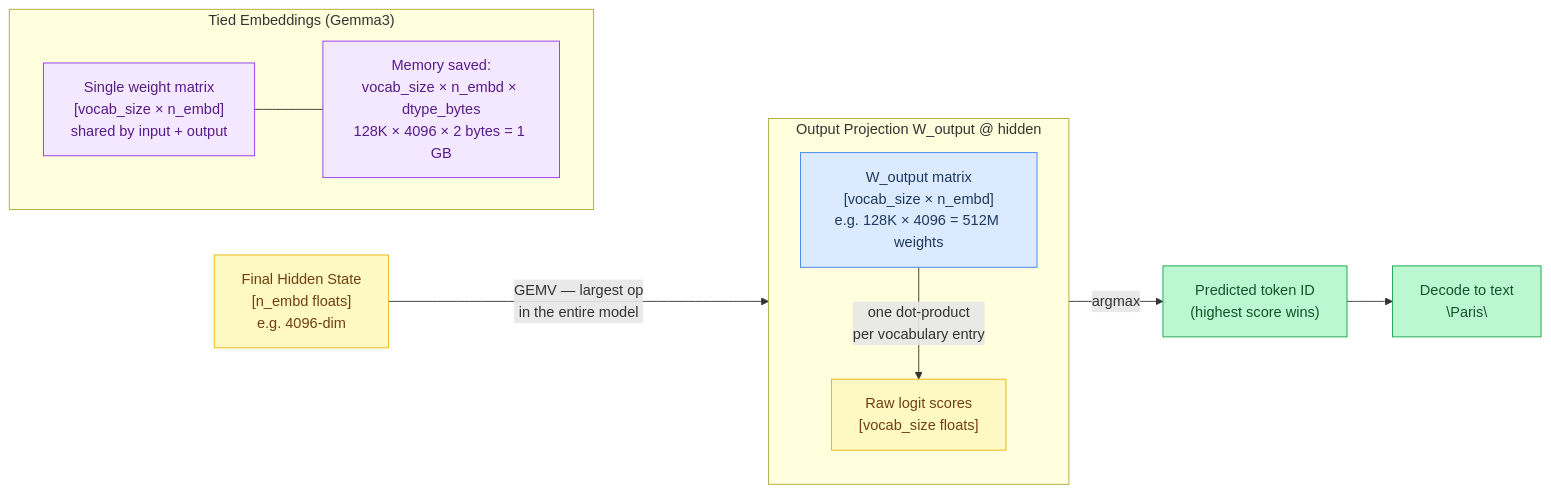
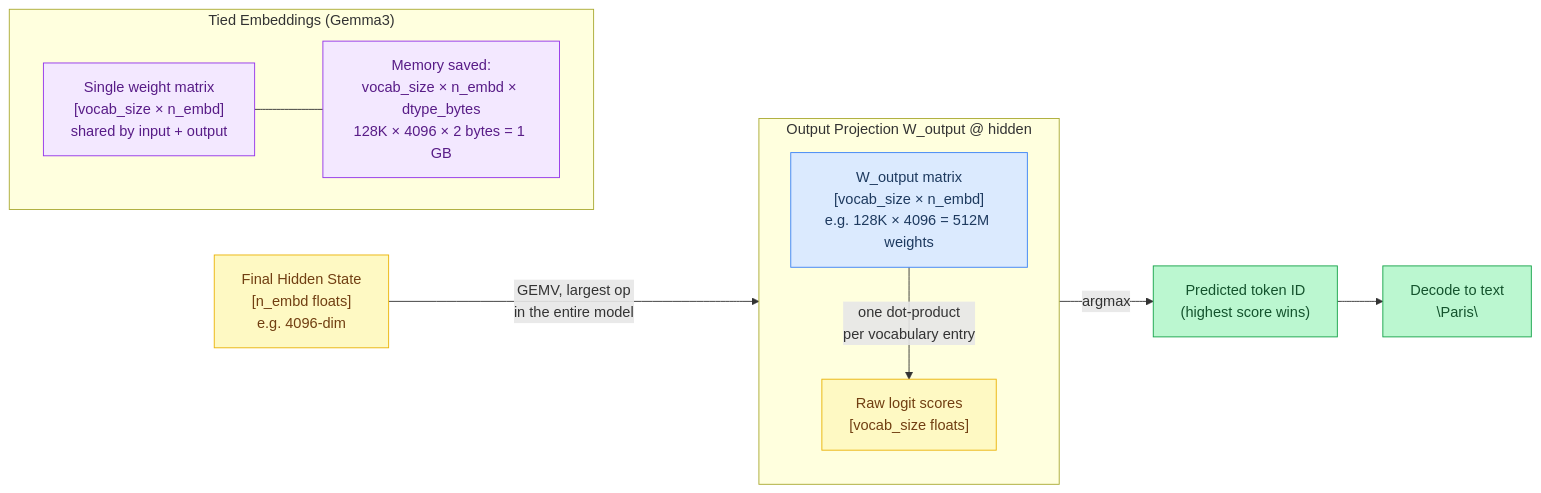
The seventh of 8 diagrams in docs/tutorial/01-tokens-and-text.md (maci0/agave), drawn with Mermaid before and after one commit. The commit also changed other lines of this file and 196 other files, not shown here.

````diff
--- a/docs/tutorial/01-tokens-and-text.md
+++ b/docs/tutorial/01-tokens-and-text.md
@@ -286,32 +286,32 @@
 ```mermaid
 flowchart LR
     classDef setup     fill:#dbeafe,stroke:#3b82f6,color:#1e3a5f
     classDef sync      fill:#dcfce7,stroke:#22c55e,color:#14532d
     classDef migration fill:#fef9c3,stroke:#eab308,color:#713f12
     classDef success   fill:#bbf7d0,stroke:#16a34a,color:#14532d
     classDef danger    fill:#fee2e2,stroke:#ef4444,color:#7f1d1d
     classDef optional  fill:#f3e8ff,stroke:#9333ea,color:#581c87
 
     Hidden["Final Hidden State\n[n_embd floats]\ne.g. 4096-dim"]:::migration
     Raw["Raw logit scores\n[vocab_size floats]"]:::migration
     Best["Predicted token ID\n(highest score wins)"]:::success
     Decode["Decode to text\n\"Paris\""]:::success
 
-    Hidden -->|"GEMV — largest op\nin the entire model"| Proj
+    Hidden -->|"GEMV, largest op\nin the entire model"| Proj
 
     subgraph Proj["Output Projection  W_output @ hidden"]
         direction TB
         Wout["W_output matrix\n[vocab_size × n_embd]\ne.g. 128K × 4096 = 512M weights"]:::setup
         Wout -->|"one dot-product\nper vocabulary entry"| Raw
     end
 
     Raw -->|"argmax"| Best
     Best --> Decode
 
     subgraph TiedEmbed["Tied Embeddings (Gemma3)"]
         direction LR
         Shared["Single weight matrix\n[vocab_size × n_embd]\nshared by input + output"]:::optional
         Saving["Memory saved:\nvocab_size × n_embd × dtype_bytes\n128K × 4096 × 2 bytes = 1 GB"]:::optional
         Shared --- Saving
     end
 ```
````
